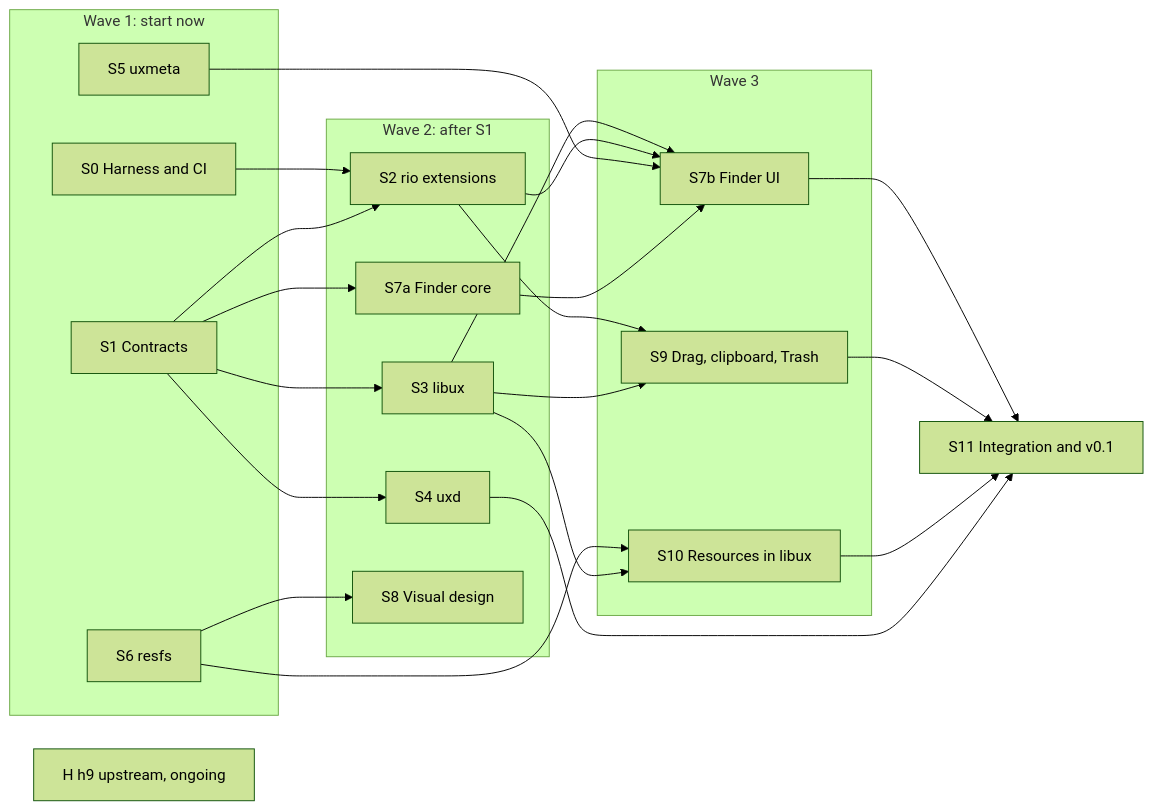
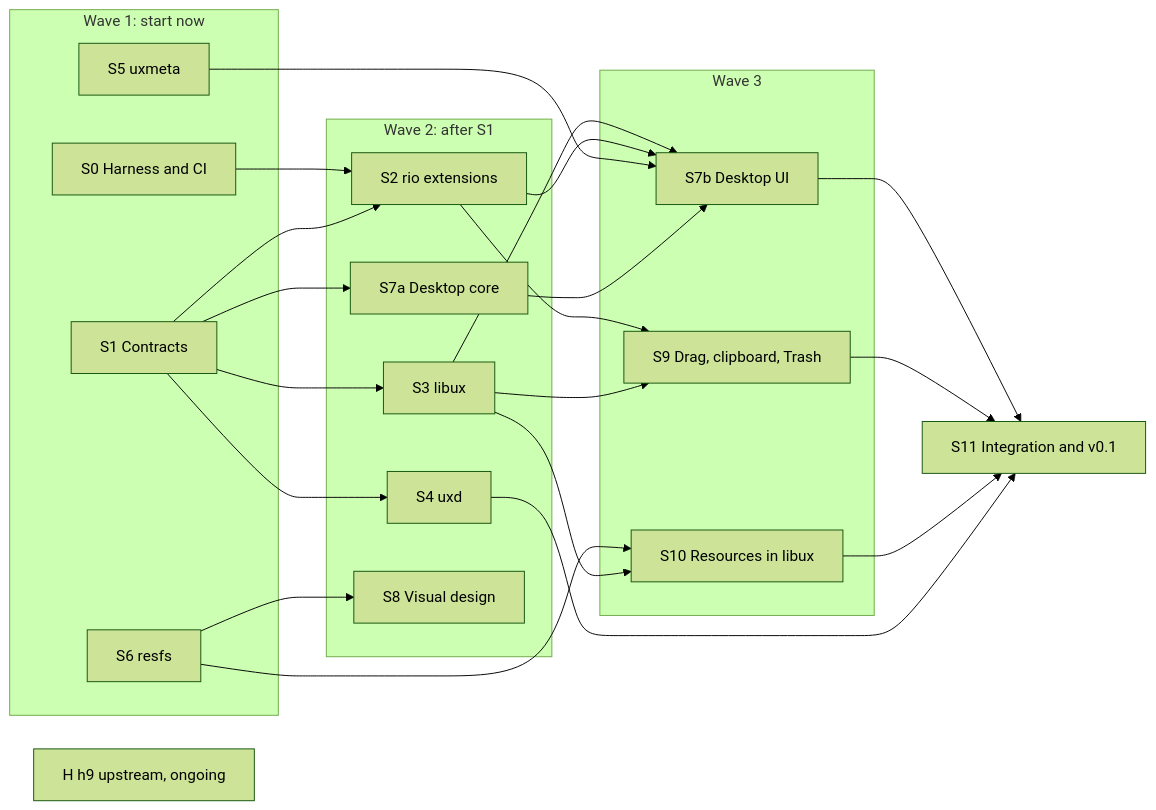
The diagram in docs/workplan.md (progrium/9ux), drawn with Mermaid (forest theme) before and after one commit. The commit also changed other lines of this file and 96 other files, not shown here.

First line of the commit message:
Rename Finder to Desktop

````diff
--- a/docs/workplan.md
+++ b/docs/workplan.md
@@ -40,37 +40,37 @@
 ```mermaid
 flowchart LR
     subgraph W1[Wave 1: start now]
       S0[S0 Harness and CI]
       S1[S1 Contracts]
       S6[S6 resfs]
       S5[S5 uxmeta]
     end
     subgraph W2[Wave 2: after S1]
       S2[S2 rio extensions]
       S3[S3 libux]
       S4[S4 uxd]
-      S7a[S7a Finder core]
+      S7a[S7a Desktop core]
       S8[S8 Visual design]
     end
     subgraph W3[Wave 3]
-      S7b[S7b Finder UI]
+      S7b[S7b Desktop UI]
       S9[S9 Drag, clipboard, Trash]
       S10[S10 Resources in libux]
     end
     S11[S11 Integration and v0.1]
     H[H h9 upstream, ongoing]
 
     S0 --> S2
     S1 --> S2 & S3 & S4 & S7a
     S3 --> S7b
     S2 --> S7b
     S5 --> S7b
     S7a --> S7b
     S2 --> S9
     S3 --> S9
     S6 --> S10
     S3 --> S10
     S6 --> S8
     S7b & S9 & S10 --> S11
     S4 --> S11
 ```
````
